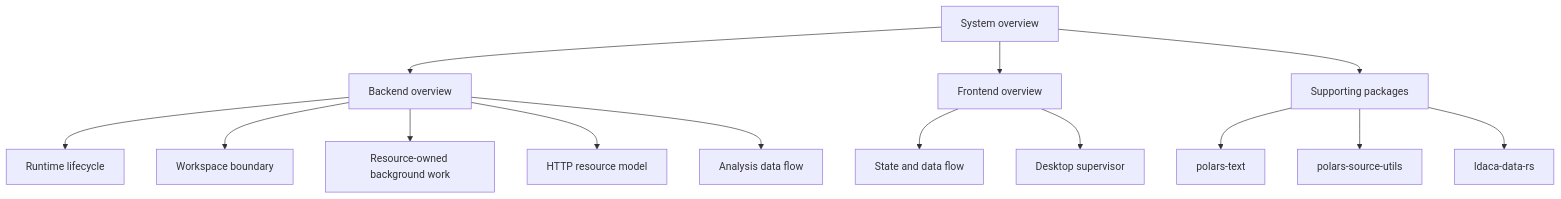
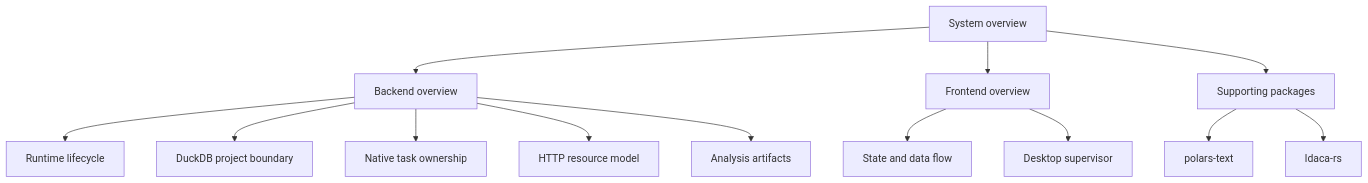
The diagram in docs/architecture/index.md (Australian-Text-Analytics-Platform/ldaca-wordflow), drawn with Mermaid before and after one commit. The commit also changed other lines of this file and 2241 other files, not shown here.

````diff
--- a/docs/architecture/index.md
+++ b/docs/architecture/index.md
@@ -6,19 +9,18 @@
 ```mermaid
 flowchart TB
     SYSTEM["System overview"] --> BACKEND["Backend overview"]
     SYSTEM --> FRONTEND["Frontend overview"]
     SYSTEM --> PACKAGES["Supporting packages"]
 
     BACKEND --> RUNTIME["Runtime lifecycle"]
-    BACKEND --> WORKSPACES["Workspace boundary"]
-    BACKEND --> WORK["Resource-owned background work"]
+    BACKEND --> WORKSPACES["DuckDB project boundary"]
+    BACKEND --> WORK["Native task ownership"]
     BACKEND --> HTTP["HTTP resource model"]
-    BACKEND --> ANALYSIS["Analysis data flow"]
+    BACKEND --> ANALYSIS["Analysis artifacts"]
 
     FRONTEND --> STATE["State and data flow"]
     FRONTEND --> DESKTOP["Desktop supervisor"]
 
     PACKAGES --> TEXT["polars-text"]
-    PACKAGES --> PATHS["polars-source-utils"]
-    PACKAGES --> DATA["ldaca-data-rs"]
+    PACKAGES --> DATA["ldaca-rs"]
 ```
````
